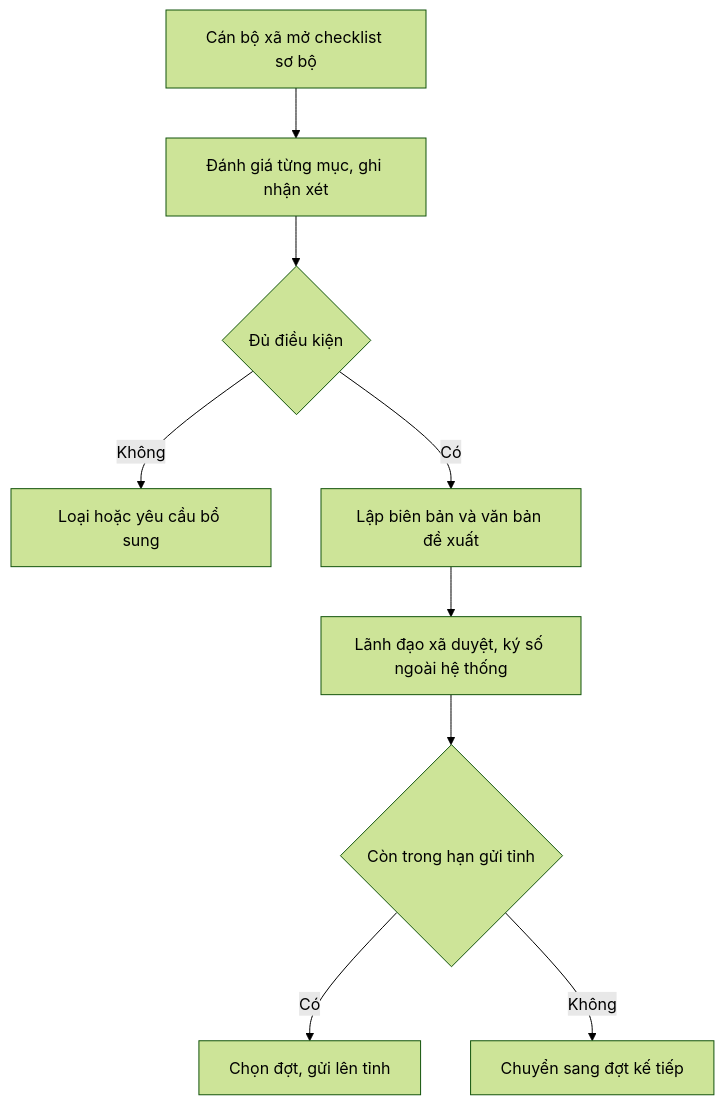
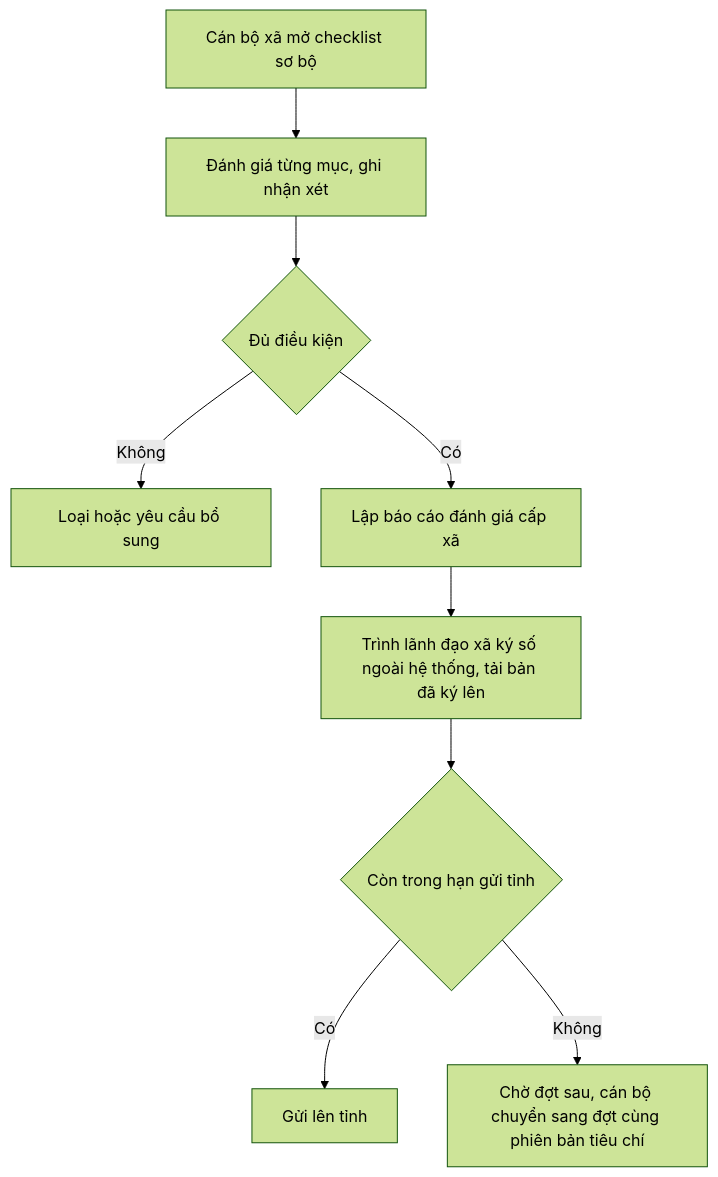
Before and after one commit to ndlinh-celtic/ocop: the fourth of 9 diagrams in docs/OCOP_luong_xu_ly_ban_rut_gon.md, drawn with Mermaid (forest theme). The commit also changed other lines of this file and 1 other file, not shown here.

First line of the commit message:
Drop Lãnh đạo xã as a role from the ward flow and screens (#30)

````diff
--- a/docs/OCOP_luong_xu_ly_ban_rut_gon.md
+++ b/docs/OCOP_luong_xu_ly_ban_rut_gon.md
@@ -205,11 +205,11 @@
 ```mermaid
 flowchart TD
     A["Cán bộ xã mở checklist sơ bộ"] --> B["Đánh giá từng mục, ghi nhận xét"]
     B --> C{"Đủ điều kiện"}
     C -->|"Không"| D["Loại hoặc yêu cầu bổ sung"]
-    C -->|"Có"| E["Lập biên bản và văn bản đề xuất"]
-    E --> F["Lãnh đạo xã duyệt, ký số ngoài hệ thống"]
+    C -->|"Có"| E["Lập báo cáo đánh giá cấp xã"]
+    E --> F["Trình lãnh đạo xã ký số ngoài hệ thống, tải bản đã ký lên"]
     F --> G{"Còn trong hạn gửi tỉnh"}
-    G -->|"Có"| H["Chọn đợt, gửi lên tỉnh"]
-    G -->|"Không"| I["Chuyển sang đợt kế tiếp"]
+    G -->|"Có"| H["Gửi lên tỉnh"]
+    G -->|"Không"| I["Chờ đợt sau, cán bộ chuyển sang đợt cùng phiên bản tiêu chí"]
 ```
````
